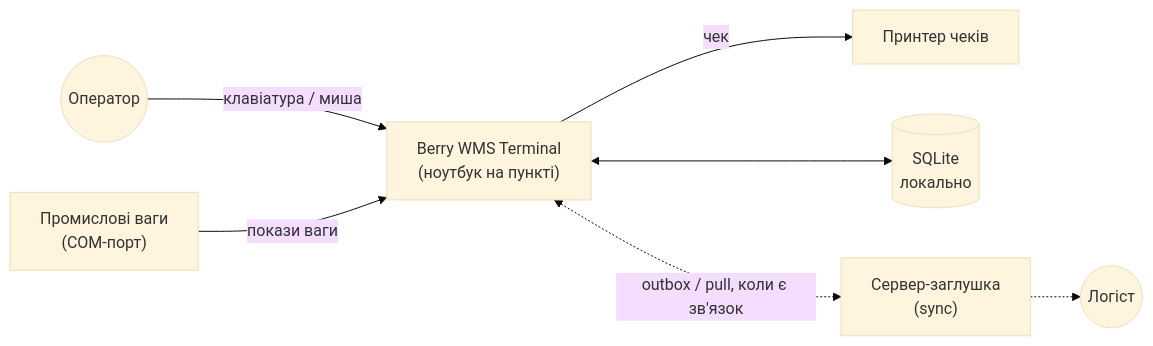
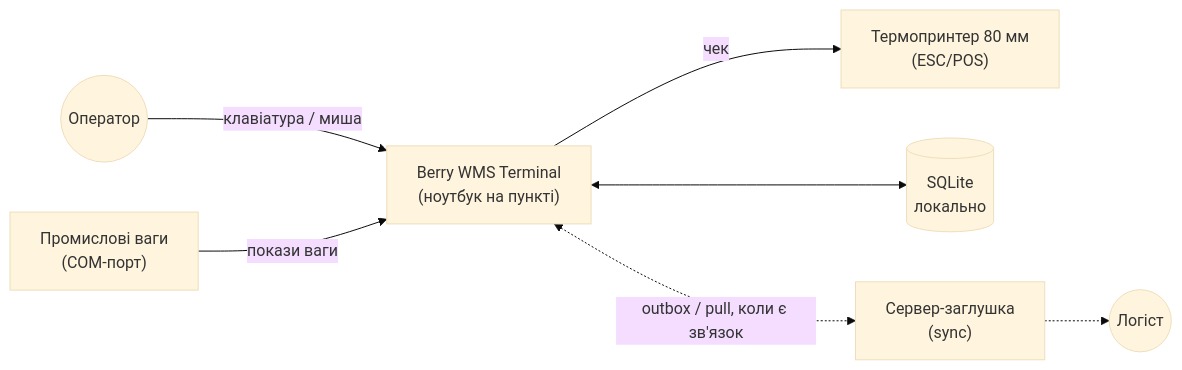
Before and after one commit to IsNazarii/Berry-WMS-Terminal: the first of 3 diagrams in docs/architecture.md, drawn with Mermaid (base theme). The commit also changed other lines of this file and 5 other files, not shown here.

Commit message:
Docs: refresh for receipt payment, crops and ESC/POS printing

````diff
--- a/docs/architecture.md
+++ b/docs/architecture.md
@@ -8,17 +8,17 @@
 ```mermaid
 flowchart LR
     OP(("Оператор"))
     SC["Промислові ваги<br/>(COM-порт)"]
-    PR["Принтер чеків"]
+    PR["Термопринтер 80 мм<br/>(ESC/POS)"]
     T["Berry WMS Terminal<br/>(ноутбук на пункті)"]
     DB[("SQLite<br/>локально")]
     SRV["Сервер-заглушка<br/>(sync)"]
     LOG(("Логіст"))
 
     OP -- "клавіатура / миша" --> T
     SC -- "покази ваги" --> T
     T -- "чек" --> PR
     T <--> DB
     T <-. "outbox / pull, коли є зв'язок" .-> SRV
     SRV -.-> LOG
 ```
````
